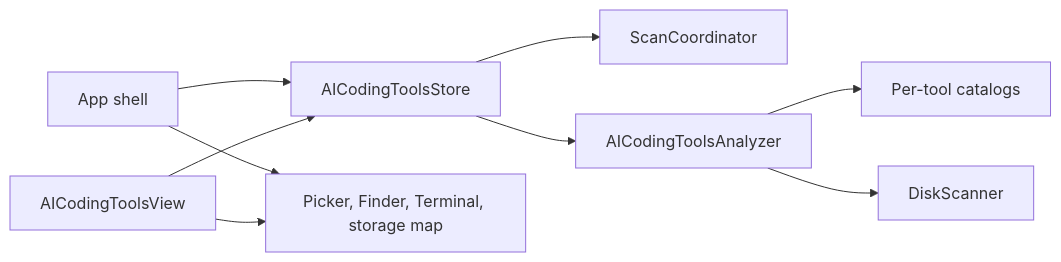
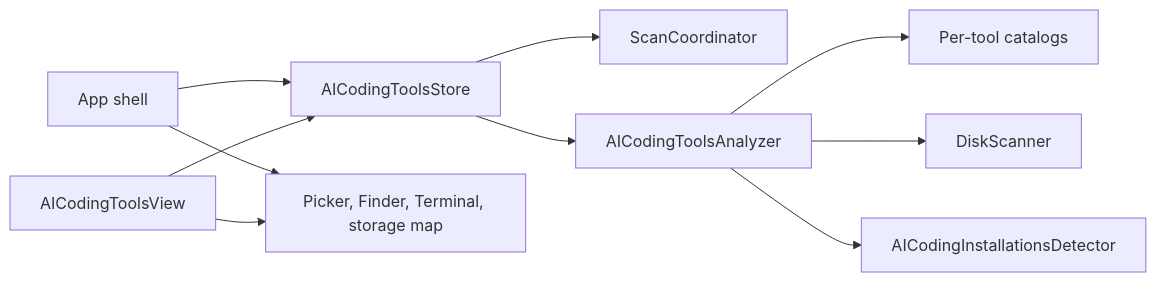
One commit to stefanovskyi/disk_inspection changed the diagram in docs/architecture/ai-coding-tools.md. Above: the diagram before and after it, drawn with Mermaid. The commit also changed other lines of this file and 22 other files, not shown here.

````diff
--- a/docs/architecture/ai-coding-tools.md
+++ b/docs/architecture/ai-coding-tools.md
@@ -8,11 +8,12 @@
 ```mermaid
 flowchart LR
     Shell[App shell] --> Store[AICodingToolsStore]
     Shell --> Actions[Picker, Finder, Terminal, storage map]
     View[AICodingToolsView] --> Store
     View --> Actions
     Store --> Coordinator[ScanCoordinator]
     Store --> Analyzer[AICodingToolsAnalyzer]
     Analyzer --> Catalogs[Per-tool catalogs]
     Analyzer --> Scanner[DiskScanner]
+    Analyzer --> Installations[AICodingInstallationsDetector]
 ```
````
